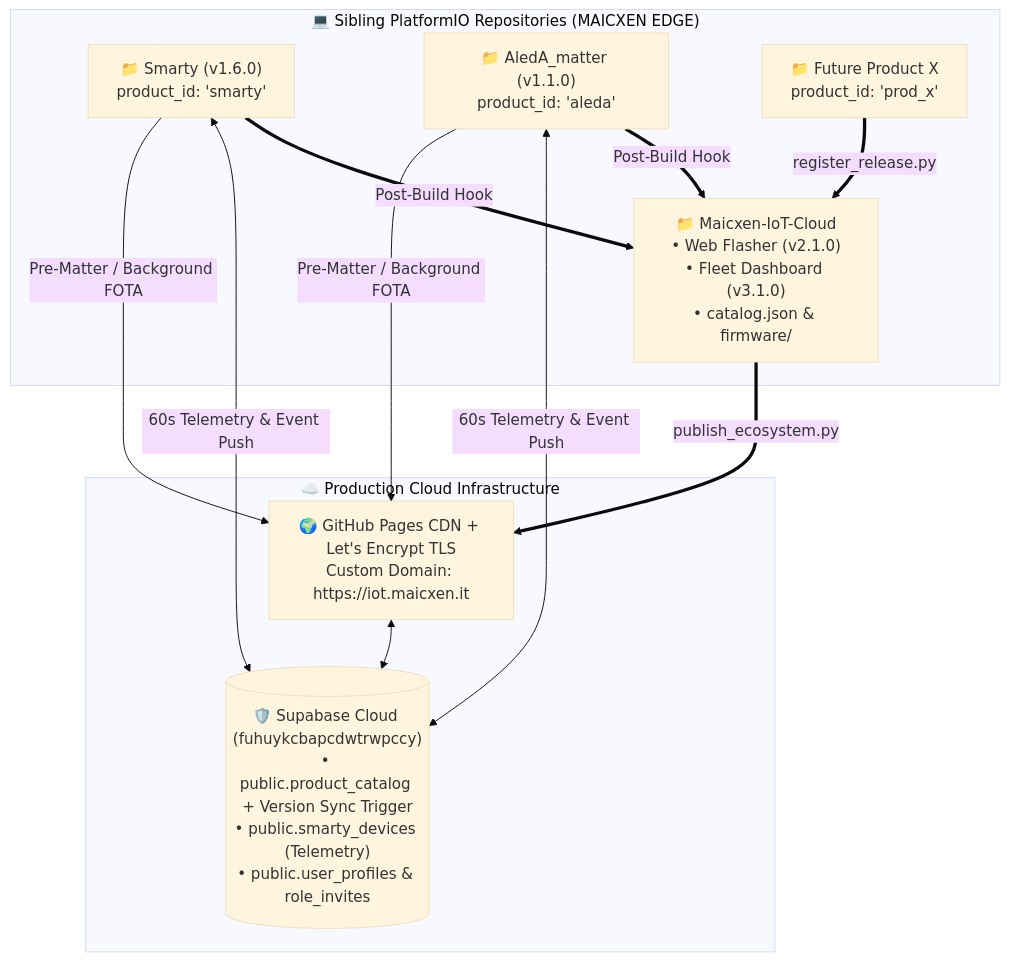
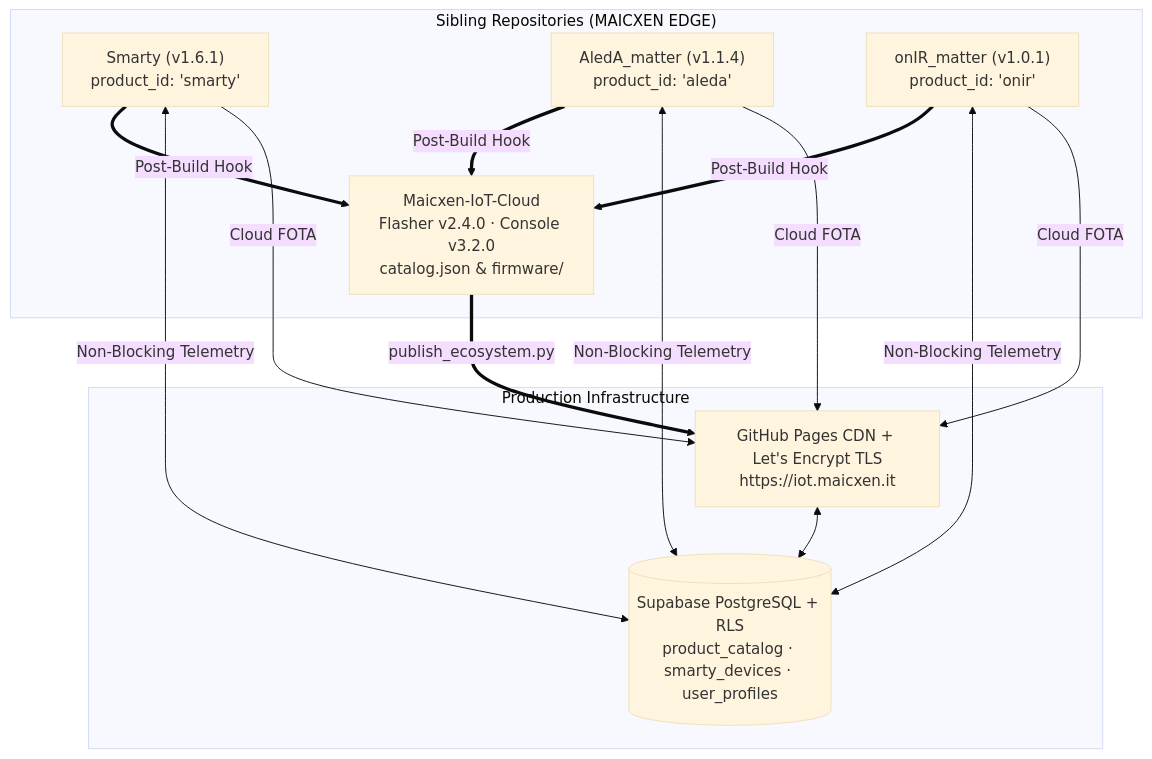
One commit to MAICXEN-STUDIOS/MAICXEN-dashboard changed the diagram in README.md. Above: the diagram before and after it, drawn with Mermaid (base theme). The commit also changed other lines of this file, not shown here.

Commit message:
Update README.md (MAICXEN EDGE)

````diff
--- a/README.md
+++ b/README.md
@@ -99,22 +87,22 @@
 ```mermaid
 flowchart TB
-    subgraph LocalProjects["💻 Sibling PlatformIO Repositories (MAICXEN EDGE)"]
-        Smarty["📁 Smarty (v1.6.0)<br/>product_id: 'smarty'"]
-        AledA["📁 AledA_matter (v1.1.0)<br/>product_id: 'aleda'"]
-        Future["📁 Future Product X<br/>product_id: 'prod_x'"]
-        CloudDir["📁 Maicxen-IoT-Cloud<br/>• Web Flasher (v2.1.0)<br/>• Fleet Dashboard (v3.1.0)<br/>• catalog.json & firmware/"]
+    subgraph Local["Sibling Repositories (MAICXEN EDGE)"]
+        Smarty["Smarty (v1.6.1)<br/>product_id: 'smarty'"]
+        AledA["AledA_matter (v1.1.4)<br/>product_id: 'aleda'"]
+        onIR["onIR_matter (v1.0.1)<br/>product_id: 'onir'"]
+        CloudDir["Maicxen-IoT-Cloud<br/>Flasher v2.4.0 · Console v3.2.0<br/>catalog.json & firmware/"]
         Smarty ==>|"Post-Build Hook"| CloudDir
         AledA ==>|"Post-Build Hook"| CloudDir
-        Future ==>|"register_release.py"| CloudDir
+        onIR ==>|"Post-Build Hook"| CloudDir
     end
 
-    subgraph CloudInfra["☁️ Production Cloud Infrastructure"]
-        Pages["🌍 GitHub Pages CDN + Let's Encrypt TLS<br/>Custom Domain: https://iot.maicxen.it"]
-        Supa[("🛡️ Supabase Cloud (fuhuykcbapcdwtrwpccy)<br/>• public.product_catalog + Version Sync Trigger<br/>• public.smarty_devices (Telemetry)<br/>• public.user_profiles & role_invites")]
+    subgraph Cloud["Production Infrastructure"]
+        Pages["GitHub Pages CDN + Let's Encrypt TLS<br/>https://iot.maicxen.it"]
+        Supa[("Supabase PostgreSQL + RLS<br/>product_catalog · smarty_devices · user_profiles")]
     end
 
     CloudDir ==>|"publish_ecosystem.py"| Pages
     Pages <--> Supa
-    Smarty & AledA <-->|"60s Telemetry & Event Push"| Supa
-    Smarty & AledA -->|"Pre-Matter / Background FOTA"| Pages
+    Smarty & AledA & onIR <-->|"Non-Blocking Telemetry"| Supa
+    Smarty & AledA & onIR -->|"Cloud FOTA"| Pages
 ```
````
